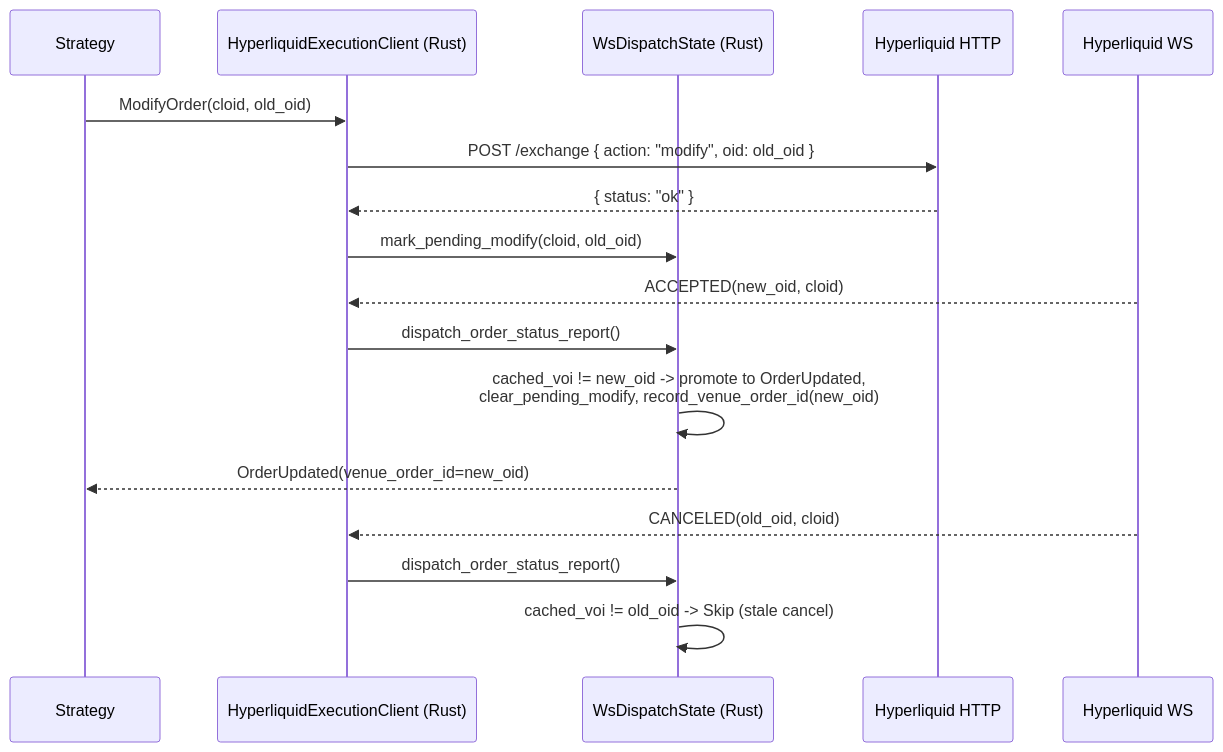
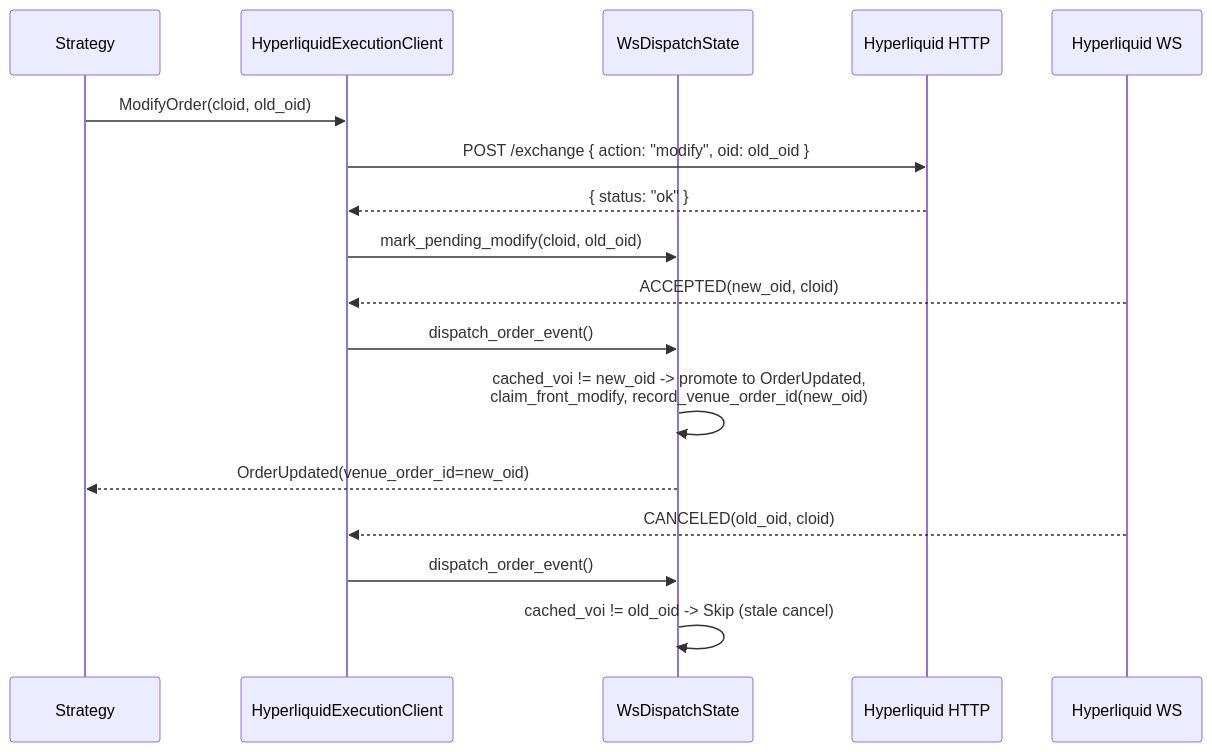
The diagram in references/integrations/hyperliquid.md (brianmok888/nautilus-trader-dev-skill), drawn with Mermaid before and after one commit. The commit also changed other lines of this file and 215 other files, not shown here.

````diff
--- a/references/integrations/hyperliquid.md
+++ b/references/integrations/hyperliquid.md
@@ -709,20 +1277,20 @@
 ```mermaid
 sequenceDiagram
     participant Strategy
-    participant ExecClient as HyperliquidExecutionClient (Rust)
-    participant Dispatch as WsDispatchState (Rust)
+    participant ExecClient as HyperliquidExecutionClient
+    participant Dispatch as WsDispatchState
     participant HTTP as Hyperliquid HTTP
     participant WS as Hyperliquid WS
 
     Strategy->>ExecClient: ModifyOrder(cloid, old_oid)
     ExecClient->>HTTP: POST /exchange { action: "modify", oid: old_oid }
     HTTP-->>ExecClient: { status: "ok" }
     ExecClient->>Dispatch: mark_pending_modify(cloid, old_oid)
     WS-->>ExecClient: ACCEPTED(new_oid, cloid)
-    ExecClient->>Dispatch: dispatch_order_status_report()
-    Dispatch->>Dispatch: cached_voi != new_oid -> promote to OrderUpdated,<br/>clear_pending_modify, record_venue_order_id(new_oid)
+    ExecClient->>Dispatch: dispatch_order_event()
+    Dispatch->>Dispatch: cached_voi != new_oid -> promote to OrderUpdated,<br/>claim_front_modify, record_venue_order_id(new_oid)
     Dispatch-->>Strategy: OrderUpdated(venue_order_id=new_oid)
     WS-->>ExecClient: CANCELED(old_oid, cloid)
-    ExecClient->>Dispatch: dispatch_order_status_report()
+    ExecClient->>Dispatch: dispatch_order_event()
     Dispatch->>Dispatch: cached_voi != old_oid -> Skip (stale cancel)
 ```
````
